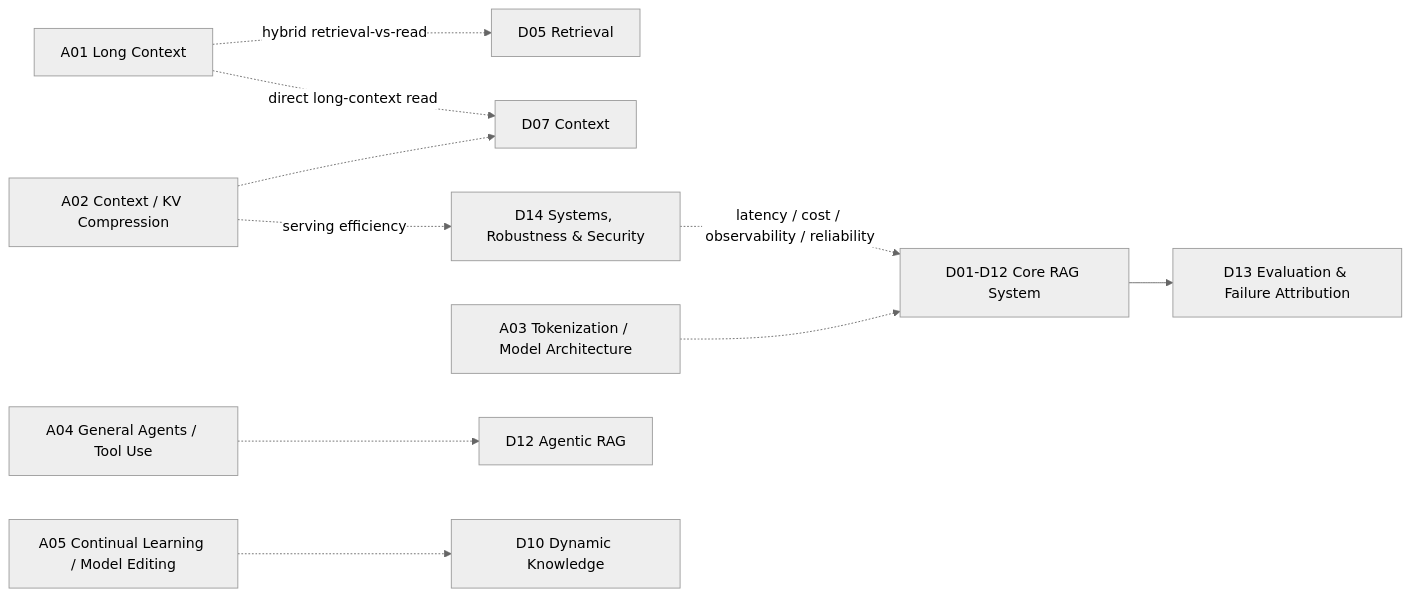
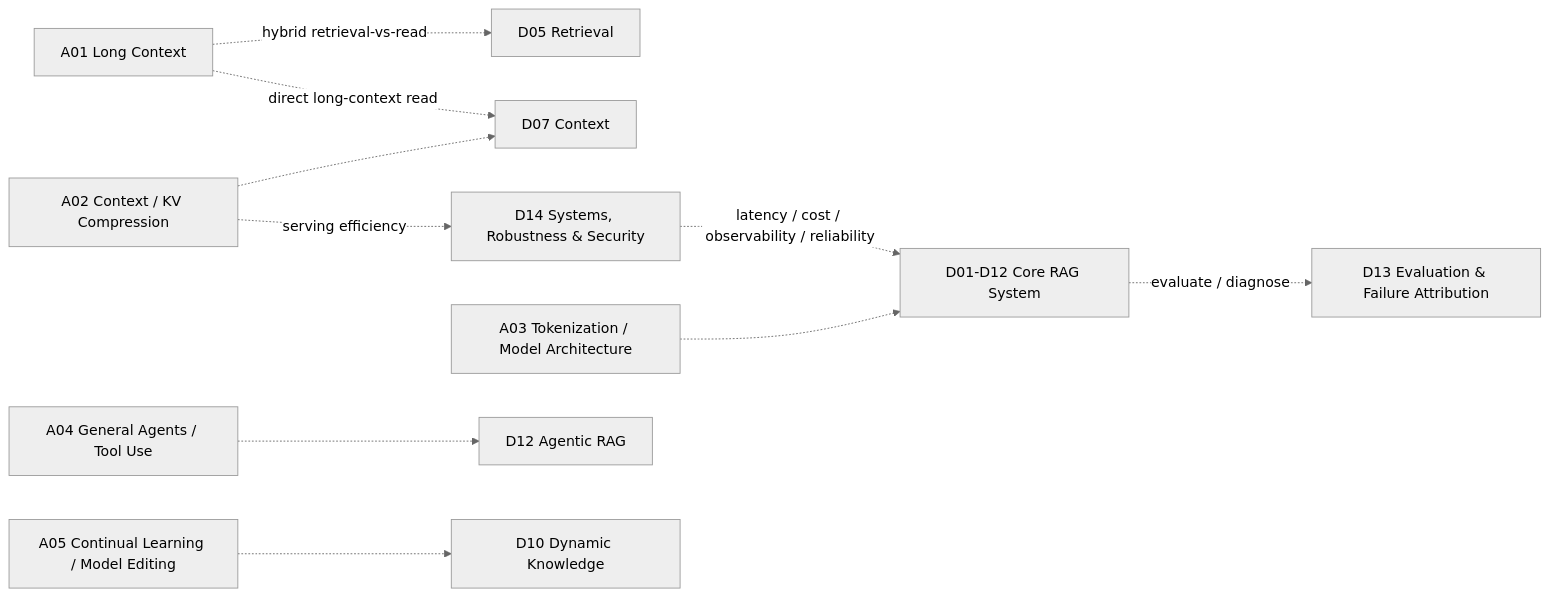
Before and after one commit to Cycl0n3-ga/RAG-survey: the sixth of 6 diagrams in 00 - 導覽與心智圖 (Navigation & MOC)/RAG System Maps.md, drawn with Mermaid (neutral theme).

Commit message:
docs(diagrams): make evaluation explicitly cross-cutting

````diff
--- a/00 - 導覽與心智圖 (Navigation & MOC)/RAG System Maps.md
+++ b/00 - 導覽與心智圖 (Navigation & MOC)/RAG System Maps.md
@@ -167,15 +167,15 @@
 ```mermaid
 flowchart LR
     CORE["D01-D12 Core RAG System"]
 
-    CORE --> D13["D13 Evaluation & Failure Attribution"]
+    CORE -. "evaluate / diagnose" .-> D13["D13 Evaluation & Failure Attribution"]
     D14["D14 Systems, Robustness & Security"] -. "latency / cost / observability / reliability" .-> CORE
 
     A01["A01 Long Context"] -. "hybrid retrieval-vs-read" .-> D05["D05 Retrieval"]
     A01 -. "direct long-context read" .-> D07["D07 Context"]
     A02["A02 Context / KV Compression"] -.-> D07
     A02 -. "serving efficiency" .-> D14
     A03["A03 Tokenization / Model Architecture"] -.-> CORE
     A04["A04 General Agents / Tool Use"] -.-> D12["D12 Agentic RAG"]
     A05["A05 Continual Learning / Model Editing"] -.-> D10["D10 Dynamic Knowledge"]
 ```
````
